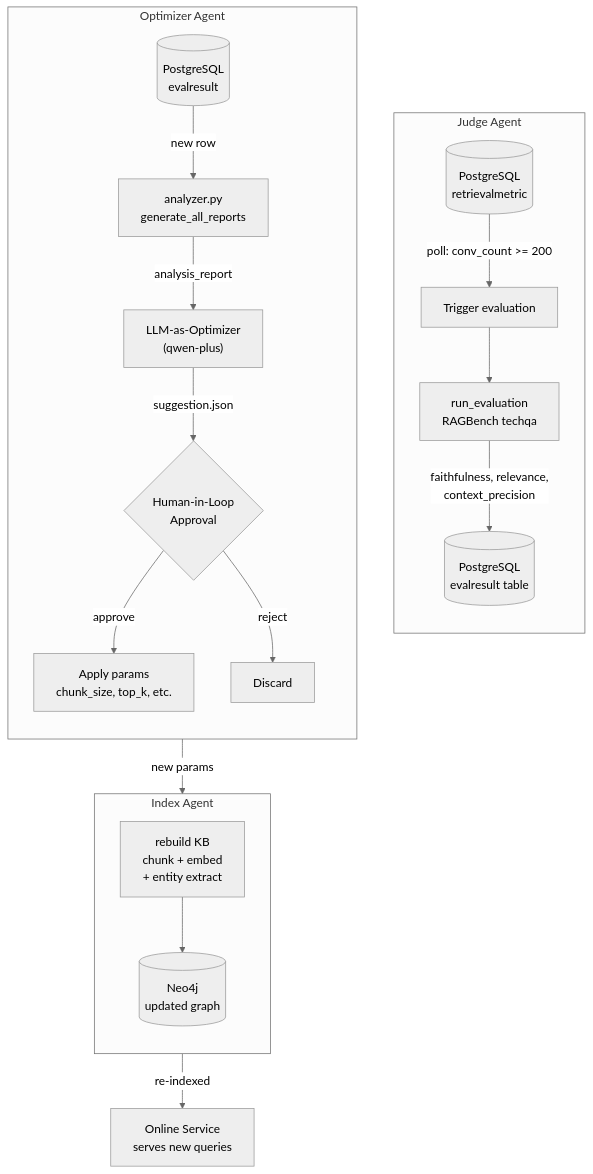
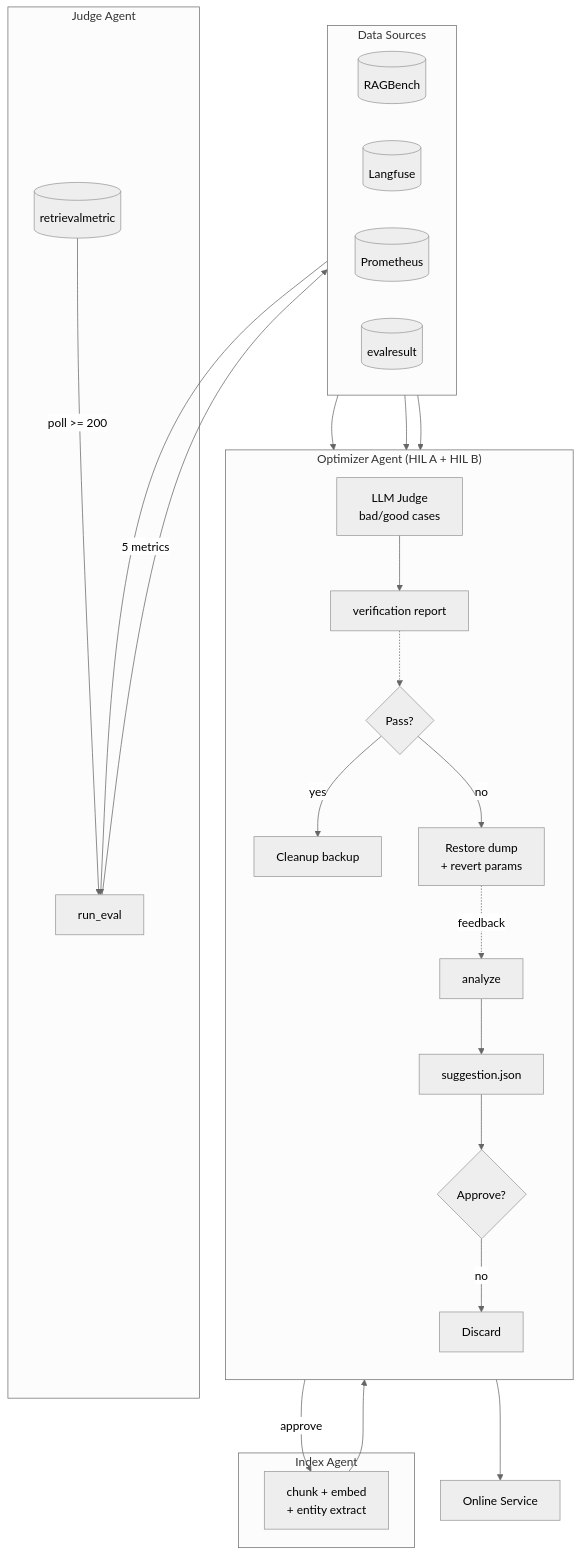
Before and after one commit to kanchengw/NexusGraph: the third of 3 diagrams in README.md, drawn with Mermaid (neutral theme). The commit also changed other lines of this file and 21 other files, not shown here.

````diff
--- a/README.md
+++ b/README.md
@@ -80,23 +87,37 @@
 ```mermaid
 flowchart TB
+    subgraph Source["Data Sources"]
+        direction LR
+        RB[("RAGBench")]
+        LF[("Langfuse")]
+        PR[("Prometheus")]
+        ER[("evalresult")]
+    end
+
     subgraph Judge["Judge Agent"]
+        RM[(retrievalmetric)] -->|poll >= 200| EV[run_eval]
+        EV -->|5 metrics| ER
+    end
+
+    subgraph Optimizer["Optimizer Agent (HIL A + HIL B)"]
         direction TB
-        RM[(PostgreSQL\nretrievalmetric)] -->|poll: conv_count >= 200| TRIG[Trigger evaluation]
-        TRIG --> EVAL[run_evaluation\nRAGBench techqa]
-        EVAL -->|faithfulness, relevance,\ncontext_precision| PGJ[(PostgreSQL\nevalresult table)]
+        ANL[analyze] --> SUG[suggestion.json]
+        SUG --> HILA{Approve?}
+        HILA -->|no| XX[Discard]
+        VF["LLM Judge\nbad/good cases"] --> REP[verification report]
+        REP -.-> HILB{Pass?}
+        HILB -->|yes| CL[Cleanup backup]
+        HILB -->|no| RBK["Restore dump\n+ revert params"]
+        RBK -.->|feedback| ANL
     end
-    subgraph Optimizer["Optimizer Agent"]
-        direction TB
-        PGO[(PostgreSQL\nevalresult)] -->|new row| ANLZ["analyzer.py\ngenerate_all_reports"]
-        ANLZ -->|analysis_report| LLMO["LLM-as-Optimizer\n(qwen-plus)"]
-        LLMO -->|suggestion.json| HIL{Human-in-Loop\nApproval}
-        HIL -->|approve| APPLY["Apply params\nchunk_size, top_k, etc."]
-        HIL -->|reject| DONE[Discard]
+
+    subgraph Index["Index Agent"]
+        IDX["chunk + embed\n+ entity extract"]
     end
-    subgraph Index["Index Agent"]
-        direction TB
-        APPLY -->|new params| INDEX["rebuild KB\nchunk + embed\n+ entity extract"]
-        INDEX --> N4J[(Neo4j\nupdated graph)]
-    end
-    N4J -->|re-indexed| ONLINE[Online Service\nserves new queries]
+
+    HILA -->|approve| IDX
+    IDX --> VF
+    LF & PR & ER --> ANL
+    RB --> EV
+    CL --> ONLINE[Online Service]
 ```
````
